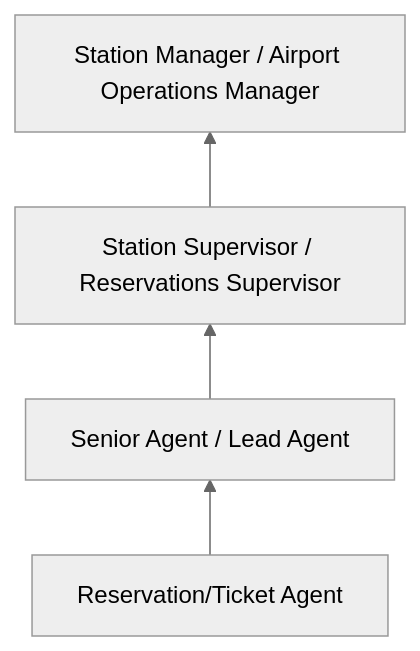
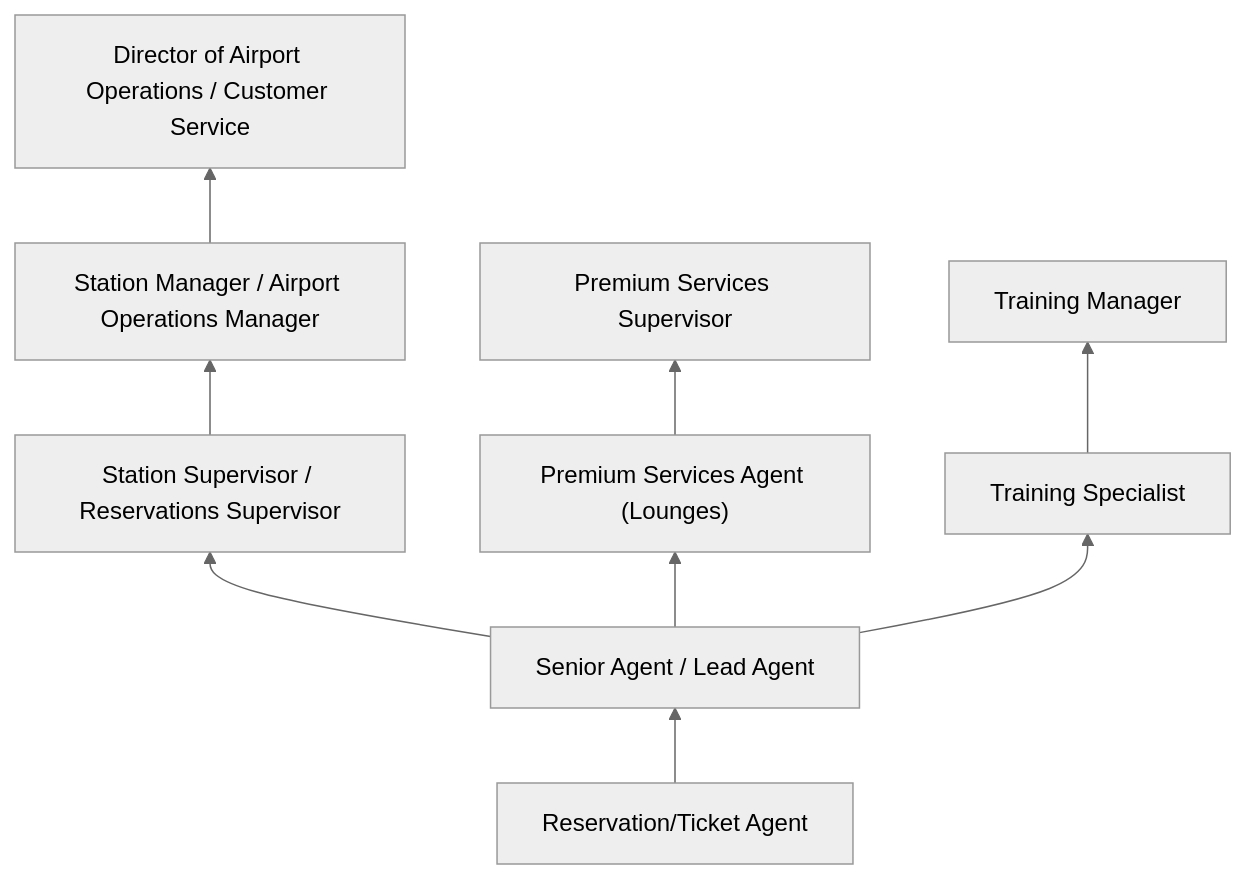
One commit to kziemski/business.org.ai changed the third of 4 diagrams in occupations/Administrative/ReservationAndTransportationTicketAgentsAndTravelClerks.mdx. Above: the diagram before and after it, drawn with Mermaid (neutral theme). The commit also changed other lines of this file and 19 other files, not shown here.

````diff
--- a/occupations/Administrative/ReservationAndTransportationTicketAgentsAndTravelClerks.mdx
+++ b/occupations/Administrative/ReservationAndTransportationTicketAgentsAndTravelClerks.mdx
@@ -75,6 +191,13 @@
 ```mermaid
 graph BT
     Entry["Reservation/Ticket Agent"] --> Mid["Senior Agent / Lead Agent"]
     Mid --> Supervisor["Station Supervisor / Reservations Supervisor"]
     Supervisor --> Manager["Station Manager / Airport Operations Manager"]
+    Manager --> Director["Director of Airport Operations / Customer Service"]
+
+    Mid --> Premium["Premium Services Agent (Lounges)"]
+    Premium --> PremiumLead["Premium Services Supervisor"]
+
+    Mid --> Training["Training Specialist"]
+    Training --> TrainMgr["Training Manager"]
 ```
````
